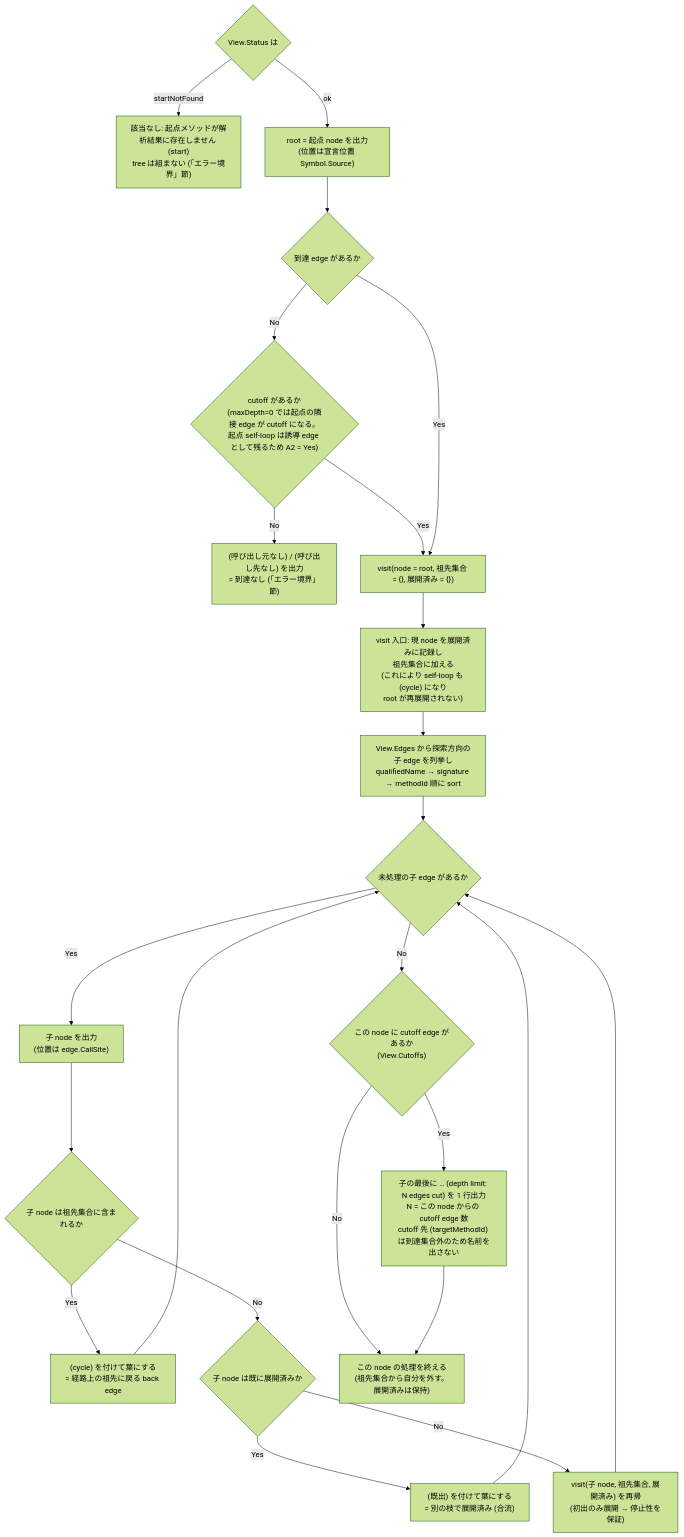
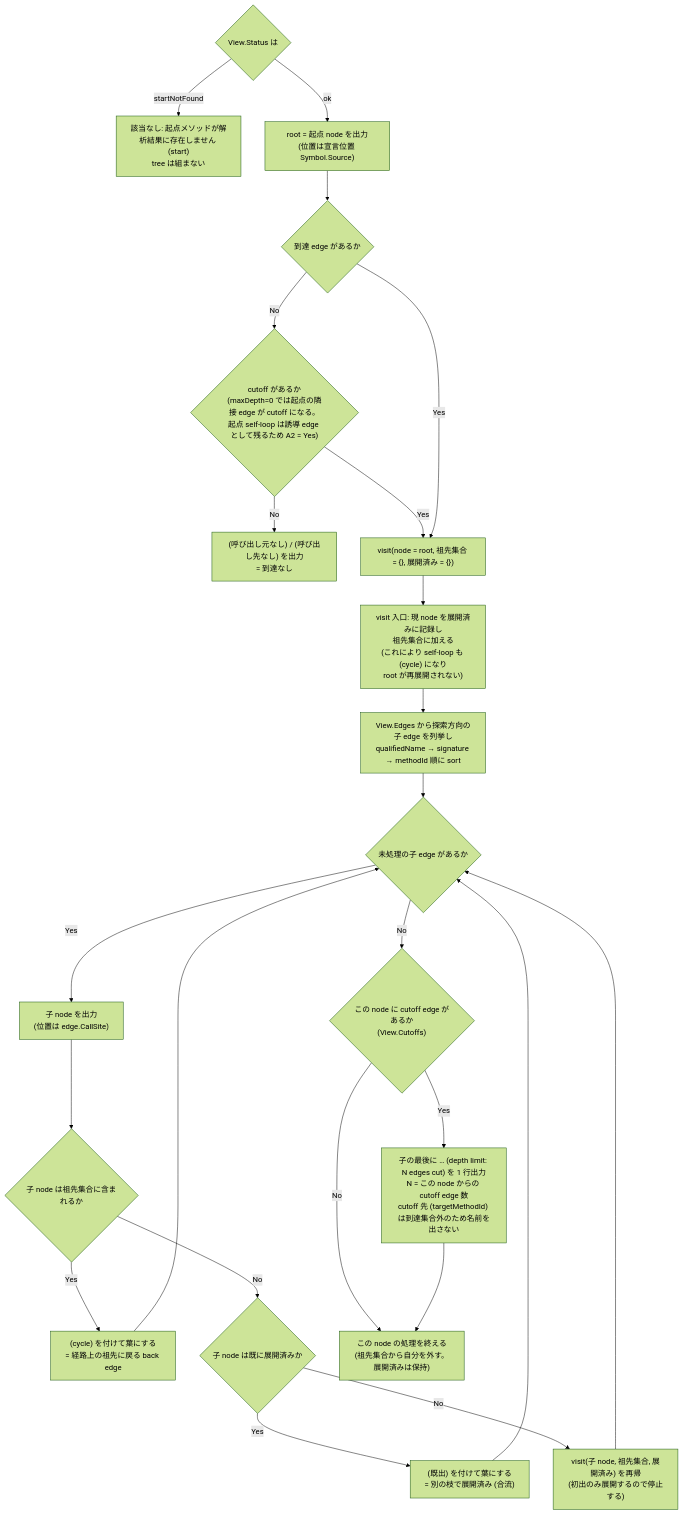
Before and after one commit to Fukuemon/depwalk: the third of 4 diagrams in design/features/output/DesignDoc_output.md, drawn with Mermaid (forest theme). The commit also changed other lines of this file and 25 other files, not shown here.

First line of the commit message:
docs: 参照の規範を適用し、経緯と冗長表現を落として図を足す

````diff
--- a/design/features/output/DesignDoc_output.md
+++ b/design/features/output/DesignDoc_output.md
@@ -317,26 +328,26 @@
 ```mermaid
 flowchart TD
-    S{"View.Status は"} -- "startNotFound" --> S1["該当なし: 起点メソッドが解析結果に存在しません (start)<br/>tree は組まない (「エラー境界」節)"]
+    S{"View.Status は"} -- "startNotFound" --> S1["該当なし: 起点メソッドが解析結果に存在しません (start)<br/>tree は組まない"]
     S -- "ok" --> A["root = 起点 node を出力<br/>(位置は宣言位置 Symbol.Source)"]
     A --> A2{"到達 edge があるか"}
     A2 -- "No" --> A4{"cutoff があるか<br/>(maxDepth=0 では起点の隣接 edge が cutoff になる。<br/>起点 self-loop は誘導 edge として残るため A2 = Yes)"}
-    A4 -- "No" --> A3["(呼び出し元なし) / (呼び出し先なし) を出力<br/>= 到達なし (「エラー境界」節)"]
+    A4 -- "No" --> A3["(呼び出し元なし) / (呼び出し先なし) を出力<br/>= 到達なし"]
     A4 -- "Yes" --> B
     A2 -- "Yes" --> B["visit(node = root, 祖先集合 = {}, 展開済み = {})"]
     B --> B2["visit 入口: 現 node を展開済みに記録し<br/>祖先集合に加える<br/>(これにより self-loop も (cycle) になり<br/>root が再展開されない)"]
     B2 --> C["View.Edges から探索方向の子 edge を列挙し<br/>qualifiedName → signature → methodId 順に sort"]
     C --> D{"未処理の子 edge があるか"}
     D -- "Yes" --> E["子 node を出力<br/>(位置は edge.CallSite)"]
     E --> F{"子 node は祖先集合に含まれるか"}
     F -- "Yes" --> G["(cycle) を付けて葉にする<br/>= 経路上の祖先に戻る back edge"]
     F -- "No" --> H{"子 node は既に展開済みか"}
     H -- "Yes" --> I["(既出) を付けて葉にする<br/>= 別の枝で展開済み (合流)"]
-    H -- "No" --> J["visit(子 node, 祖先集合, 展開済み) を再帰<br/>(初出のみ展開 → 停止性を保証)"]
+    H -- "No" --> J["visit(子 node, 祖先集合, 展開済み) を再帰<br/>(初出のみ展開するので停止する)"]
     G --> D
     I --> D
     J --> D
     D -- "No" --> K{"この node に cutoff edge があるか<br/>(View.Cutoffs)"}
     K -- "Yes" --> L["子の最後に … (depth limit: N edges cut) を 1 行出力<br/>N = この node からの cutoff edge 数<br/>cutoff 先 (targetMethodId) は到達集合外のため名前を出さない"]
     K -- "No" --> M["この node の処理を終える<br/>(祖先集合から自分を外す。展開済みは保持)"]
     L --> M
 ```
````
